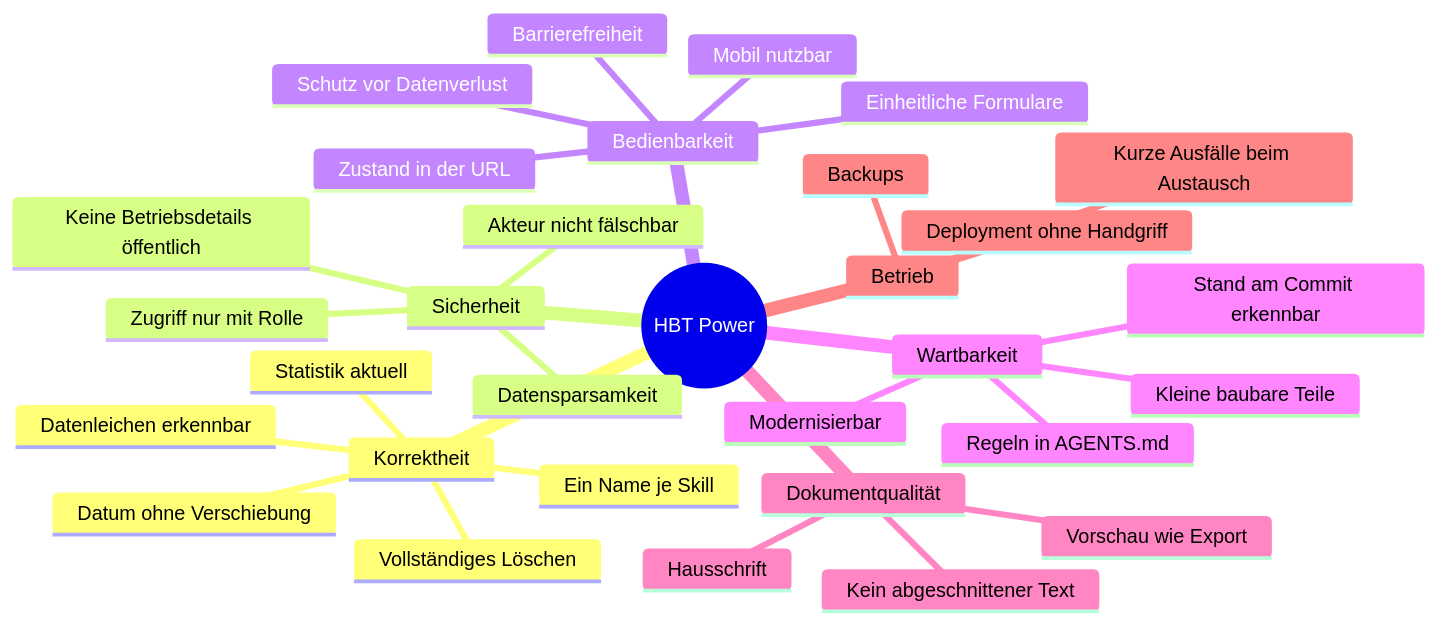
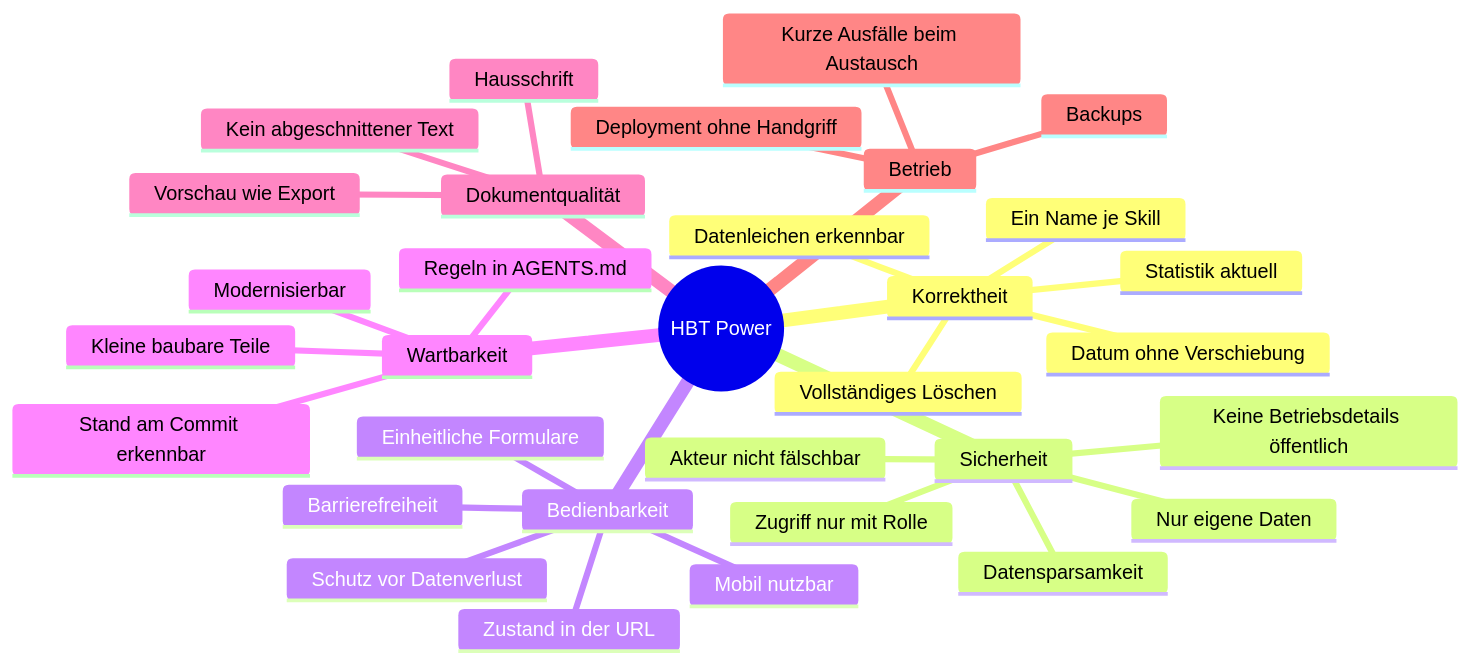
Before and after one commit to HBTGmbH/hbt-power: the diagram in docs/arc42/10-qualitaetsanforderungen.md, drawn with Mermaid. The commit also changed other lines of this file and 65 other files, not shown here.

````diff
--- a/docs/arc42/10-qualitaetsanforderungen.md
+++ b/docs/arc42/10-qualitaetsanforderungen.md
@@ -7,34 +7,35 @@
 ```mermaid
 mindmap
   root((HBT Power))
     Korrektheit
       Ein Name je Skill
       Datum ohne Verschiebung
       Vollständiges Löschen
       Datenleichen erkennbar
       Statistik aktuell
     Sicherheit
       Zugriff nur mit Rolle
       Akteur nicht fälschbar
+      Nur eigene Daten
       Datensparsamkeit
       Keine Betriebsdetails öffentlich
     Bedienbarkeit
       Einheitliche Formulare
       Zustand in der URL
       Schutz vor Datenverlust
       Barrierefreiheit
       Mobil nutzbar
     Wartbarkeit
       Kleine baubare Teile
       Regeln in AGENTS.md
       Stand am Commit erkennbar
       Modernisierbar
     Dokumentqualität
       Hausschrift
       Vorschau wie Export
       Kein abgeschnittener Text
     Betrieb
       Deployment ohne Handgriff
       Kurze Ausfälle beim Austausch
       Backups
 ```
````
